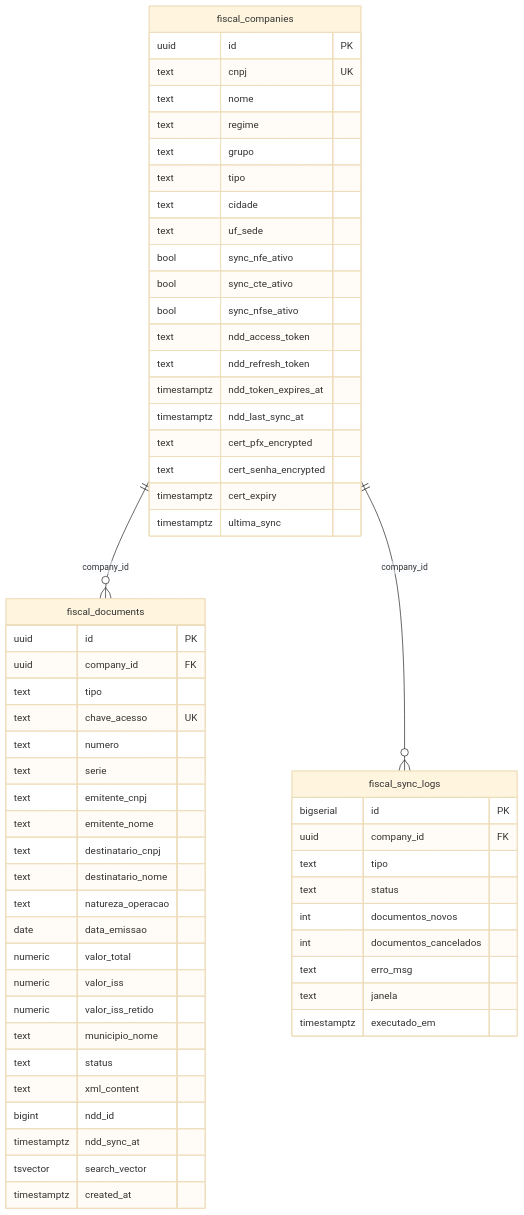
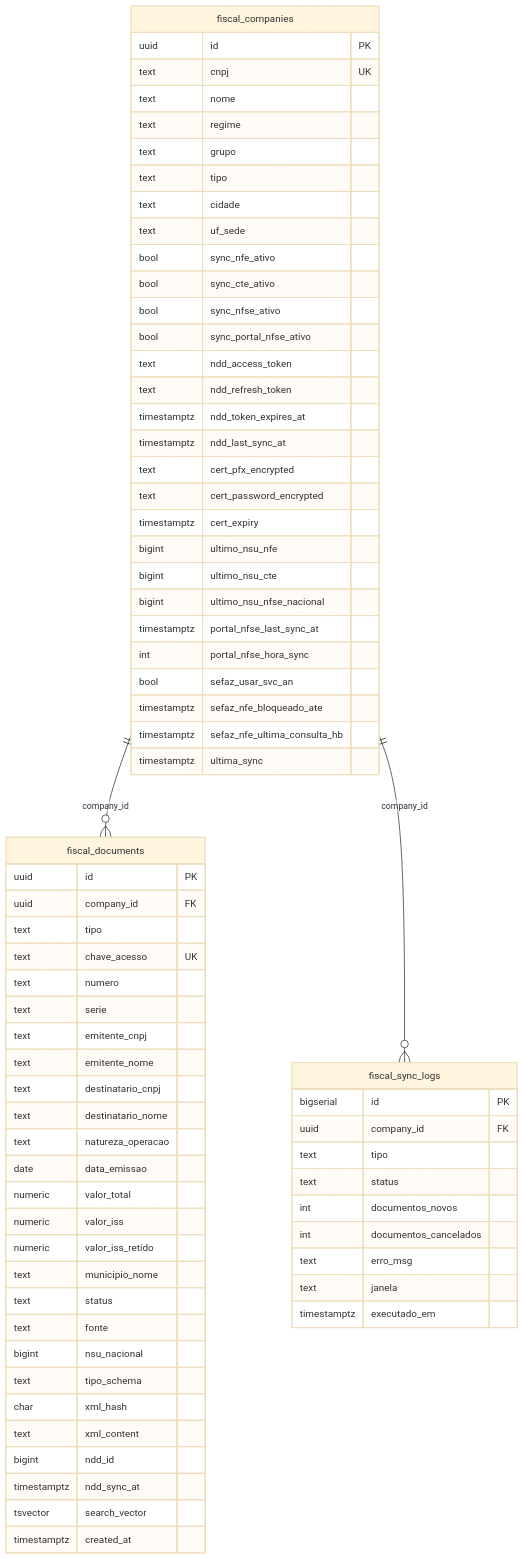
One commit to Victorramalho61/projetct_jarvis changed the seventh of 7 diagrams in docs/arquitetura.md. Above: the diagram before and after it, drawn with Mermaid (base theme). The commit also changed other lines of this file and 6 other files, not shown here.

````diff
--- a/docs/arquitetura.md
+++ b/docs/arquitetura.md
@@ -1178,64 +1178,77 @@
 ```mermaid
 erDiagram
     fiscal_companies {
         uuid id PK
         text cnpj UK
         text nome
         text regime
         text grupo
         text tipo
         text cidade
         text uf_sede
         bool sync_nfe_ativo
         bool sync_cte_ativo
         bool sync_nfse_ativo
+        bool sync_portal_nfse_ativo
         text ndd_access_token
         text ndd_refresh_token
         timestamptz ndd_token_expires_at
         timestamptz ndd_last_sync_at
         text cert_pfx_encrypted
-        text cert_senha_encrypted
+        text cert_password_encrypted
         timestamptz cert_expiry
+        bigint ultimo_nsu_nfe
+        bigint ultimo_nsu_cte
+        bigint ultimo_nsu_nfse_nacional
+        timestamptz portal_nfse_last_sync_at
+        int portal_nfse_hora_sync
+        bool sefaz_usar_svc_an
+        timestamptz sefaz_nfe_bloqueado_ate
+        timestamptz sefaz_nfe_ultima_consulta_hb
         timestamptz ultima_sync
     }
 
     fiscal_documents {
         uuid id PK
         uuid company_id FK
         text tipo
         text chave_acesso UK
         text numero
         text serie
         text emitente_cnpj
         text emitente_nome
         text destinatario_cnpj
         text destinatario_nome
         text natureza_operacao
         date data_emissao
         numeric valor_total
         numeric valor_iss
         numeric valor_iss_retido
         text municipio_nome
         text status
+        text fonte
+        bigint nsu_nacional
+        text tipo_schema
+        char xml_hash
         text xml_content
         bigint ndd_id
         timestamptz ndd_sync_at
         tsvector search_vector
         timestamptz created_at
     }
 
     fiscal_sync_logs {
         bigserial id PK
         uuid company_id FK
         text tipo
         text status
         int documentos_novos
         int documentos_cancelados
         text erro_msg
         text janela
         timestamptz executado_em
     }
 
     fiscal_companies ||--o{ fiscal_documents : "company_id"
     fiscal_companies ||--o{ fiscal_sync_logs : "company_id"
 ```
````
